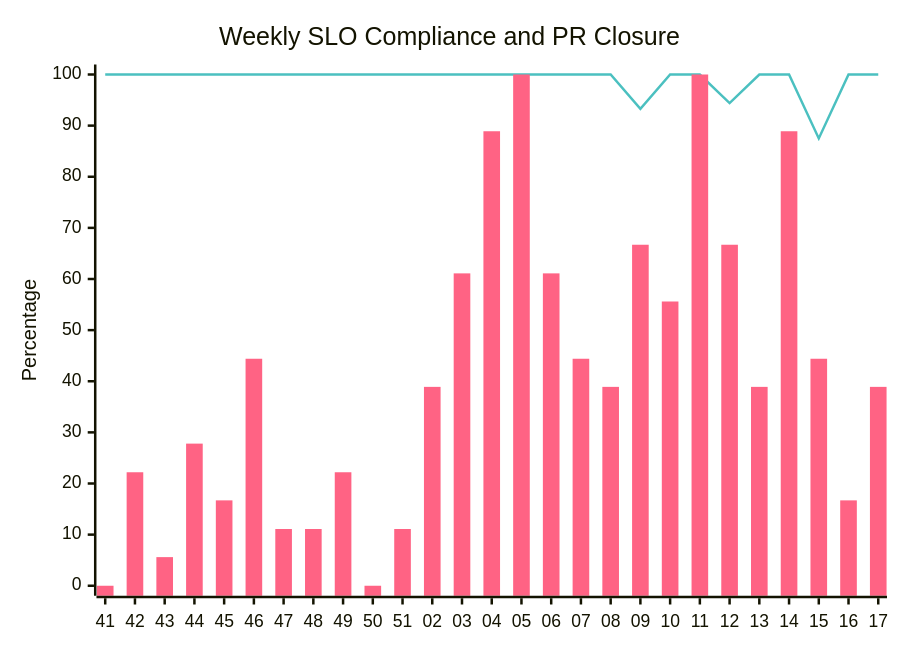
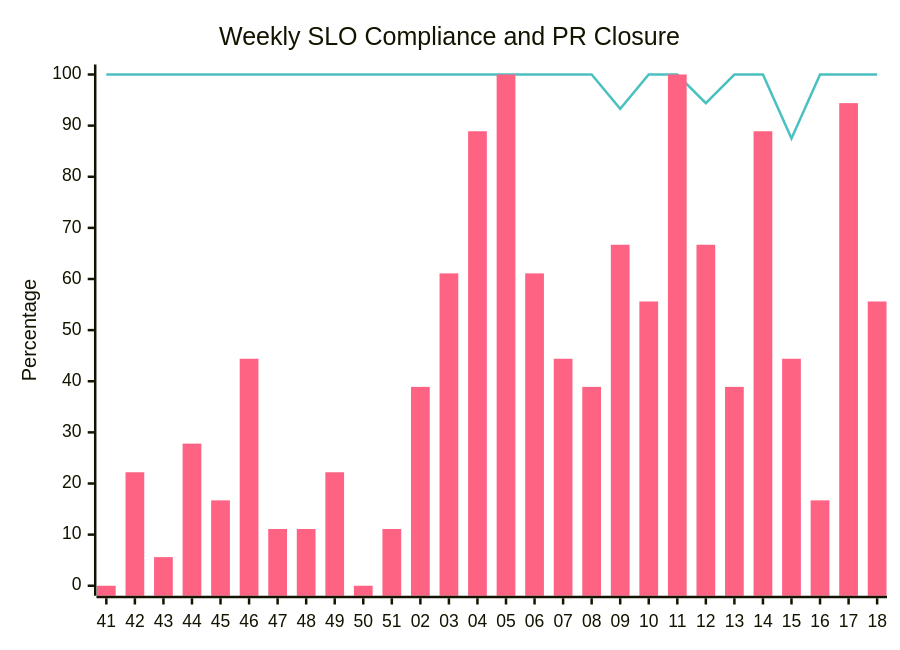
Before and after one commit to microsoft/edge-ai: the fifth of 9 diagrams in docs/contributions.md, drawn with Mermaid. The commit also changed other lines of this file and 9 other files, not shown here.

First line of the commit message:
feat(reporting): add scenario to capability to feature mapping graphic - Merged PR 292

````diff
--- a/docs/contributions.md
+++ b/docs/contributions.md
@@ -81,9 +81,9 @@
 ``` mermaid
 %%{init: {"themeVariables": {"xyChart": {"plotColorPalette": "#4BC0C0, #FF6384"}}}}%%
 xychart-beta
     title "Weekly SLO Compliance and PR Closure"
-    x-axis ["41", "42", "43", "44", "45", "46", "47", "48", "49", "50", "51", "02", "03", "04", "05", "06", "07", "08", "09", "10", "11", "12", "13", "14", "15", "16", "17"]
+    x-axis ["41", "42", "43", "44", "45", "46", "47", "48", "49", "50", "51", "02", "03", "04", "05", "06", "07", "08", "09", "10", "11", "12", "13", "14", "15", "16", "17", "18"]
     y-axis "Percentage" 0 --> 100
-    line [100, 100, 100, 100, 100, 100, 100, 100, 100, 100, 100, 100, 100, 100, 100, 100, 100, 100, 93.3, 100, 100, 94.4, 100, 100, 87.5, 100, 100]
-    bar [0, 22.2, 5.6, 27.8, 16.7, 44.4, 11.1, 11.1, 22.2, 0, 11.1, 38.9, 61.1, 88.9, 100, 61.1, 44.4, 38.9, 66.7, 55.6, 100, 66.7, 38.9, 88.9, 44.4, 16.7, 38.9]
+    line [100, 100, 100, 100, 100, 100, 100, 100, 100, 100, 100, 100, 100, 100, 100, 100, 100, 100, 93.3, 100, 100, 94.4, 100, 100, 87.5, 100, 100, 100]
+    bar [0, 22.2, 5.6, 27.8, 16.7, 44.4, 11.1, 11.1, 22.2, 0, 11.1, 38.9, 61.1, 88.9, 100, 61.1, 44.4, 38.9, 66.7, 55.6, 100, 66.7, 38.9, 88.9, 44.4, 16.7, 94.4, 55.6]
 ```
````
